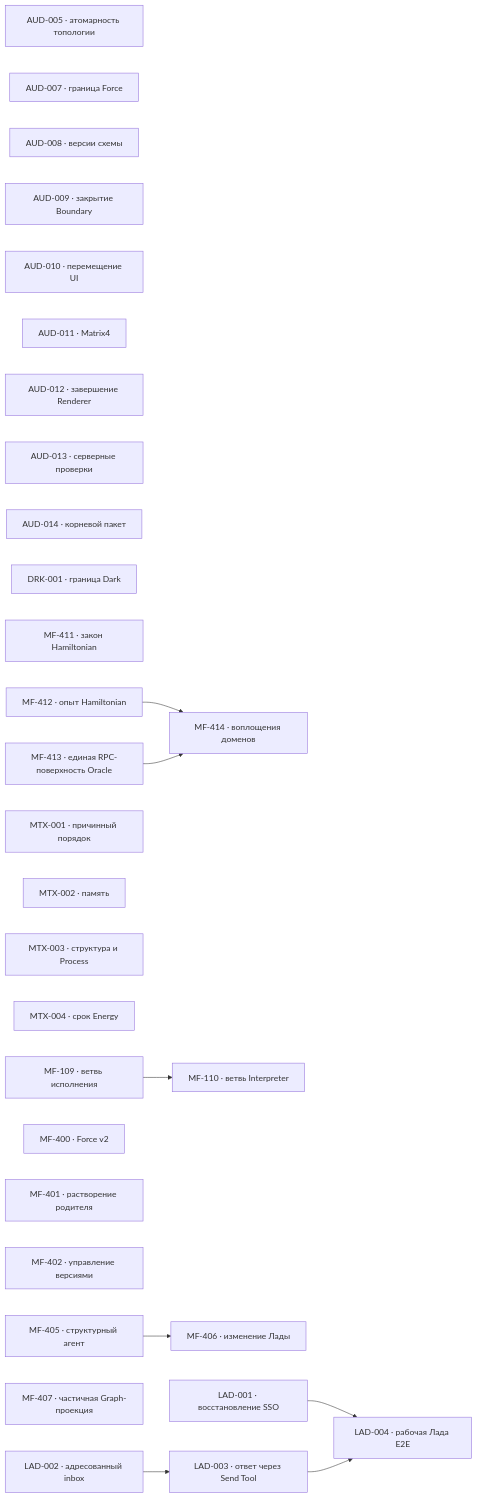
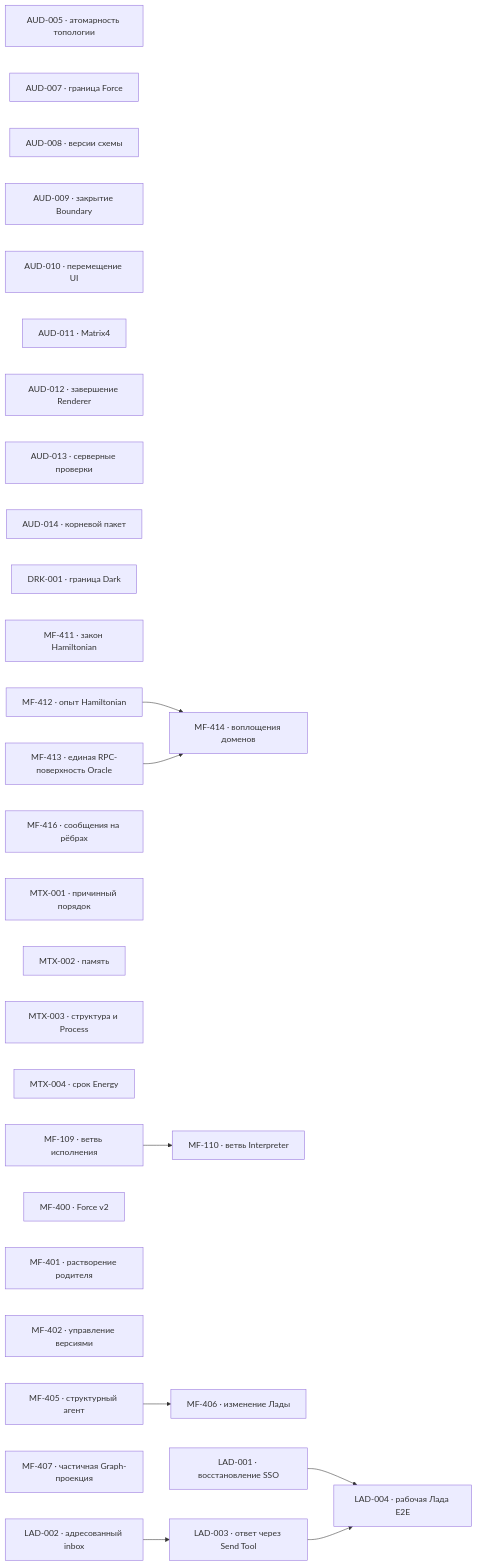
The first of 2 diagrams in project/TODO.md (zavx0z/metafor), drawn with Mermaid before and after one commit. The commit also changed other lines of this file and 24 other files, not shown here.

````diff
--- a/project/TODO.md
+++ b/project/TODO.md
@@ -13,40 +13,41 @@
 ```mermaid
 flowchart LR
     AUD005["AUD-005 · атомарность топологии"]
     AUD007["AUD-007 · граница Force"]
     AUD008["AUD-008 · версии схемы"]
     AUD009["AUD-009 · закрытие Boundary"]
     AUD010["AUD-010 · перемещение UI"]
     AUD011["AUD-011 · Matrix4"]
     AUD012["AUD-012 · завершение Renderer"]
     AUD013["AUD-013 · серверные проверки"]
     AUD014["AUD-014 · корневой пакет"]
     DRK001["DRK-001 · граница Dark"]
     MF411["MF-411 · закон Hamiltonian"]
     MF412["MF-412 · опыт Hamiltonian"]
     MF413["MF-413 · единая RPC-поверхность Oracle"]
     MF414["MF-414 · воплощения доменов"]
+    MF416["MF-416 · сообщения на рёбрах"]
     MTX001["MTX-001 · причинный порядок"]
     MTX002["MTX-002 · память"]
     MTX003["MTX-003 · структура и Process"]
     MTX004["MTX-004 · срок Energy"]
     MF109["MF-109 · ветвь исполнения"]
     MF110["MF-110 · ветвь Interpreter"]
     MF400["MF-400 · Force v2"]
     MF401["MF-401 · растворение родителя"]
     MF402["MF-402 · управление версиями"]
     MF405["MF-405 · структурный агент"]
     MF406["MF-406 · изменение Лады"]
     MF407["MF-407 · частичная Graph-проекция"]
     LAD001["LAD-001 · восстановление SSO"]
     LAD002["LAD-002 · адресованный inbox"]
     LAD003["LAD-003 · ответ через Send Tool"]
     LAD004["LAD-004 · рабочая Лада E2E"]
     MF109 --> MF110
     MF405 --> MF406
     MF412 --> MF414
     MF413 --> MF414
     LAD002 --> LAD003
     LAD001 --> LAD004
     LAD003 --> LAD004
 ```
````
